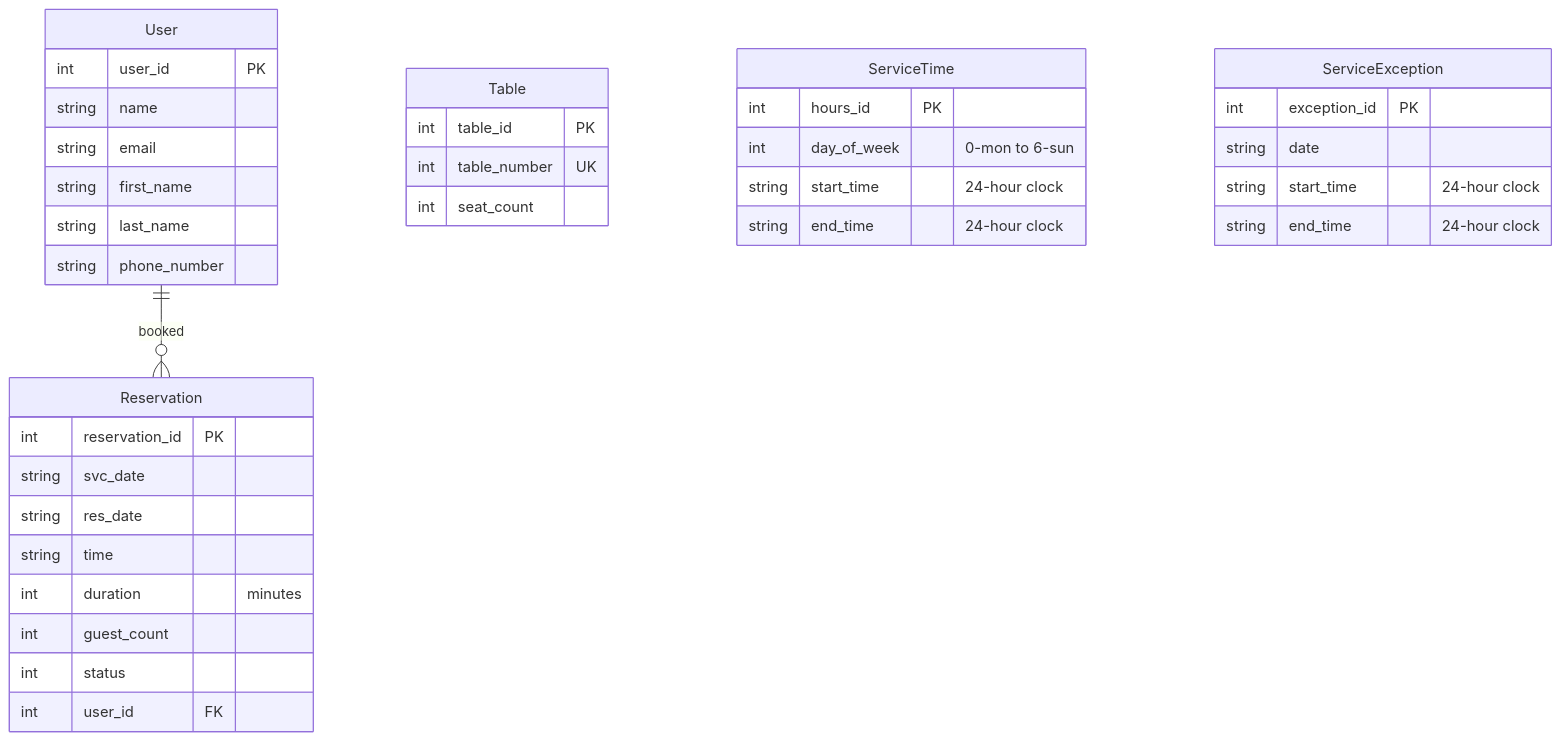
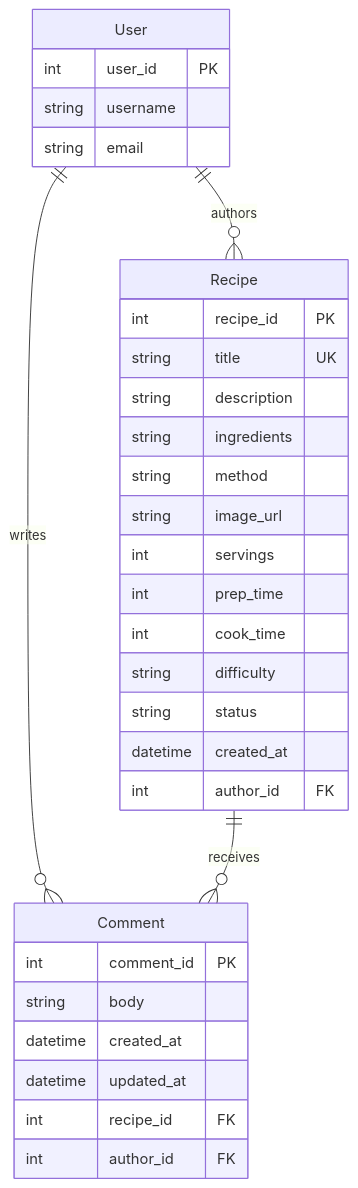
The diagram in README.md (CEAdlin/reci.py), drawn with Mermaid before and after one commit. The commit also changed other lines of this file, not shown here.

Commit message:
Update README with current recipe features

````diff
--- a/README.md
+++ b/README.md
@@ -25,39 +32,34 @@
-``` mermaid
+```mermaid
 erDiagram
-    User ||--o{ Reservation : booked
+    User ||--o{ Recipe : authors
+    User ||--o{ Comment : writes
+    Recipe ||--o{ Comment : receives
     User {
         int user_id PK
-        string name
+        string username
         string email
-        string first_name
-        string last_name
-        string phone_number
     }
-    Reservation {
-        int reservation_id PK
-        string svc_date
-        string res_date
-        string time
-        int duration "minutes"
-        int guest_count
-        int status
-        int user_id FK
+    Recipe {
+        int recipe_id PK
+        string title UK
+        string description
+        string ingredients
+        string method
+        string image_url
+        int servings
+        int prep_time
+        int cook_time
+        string difficulty
+        string status
+        datetime created_at
+        int author_id FK
     }
-    Table {
-        int table_id PK
-        int table_number UK
-        int seat_count
-    }
-    ServiceTime {
-        int hours_id PK
-        int day_of_week "0-mon to 6-sun"
-        string start_time "24-hour clock"
-        string end_time "24-hour clock"
-    }
-    ServiceException {
-        int exception_id PK
-        string date
-        string start_time "24-hour clock"
-        string end_time "24-hour clock"
+    Comment {
+        int comment_id PK
+        string body
+        datetime created_at
+        datetime updated_at
+        int recipe_id FK
+        int author_id FK
     }
 ```
````
